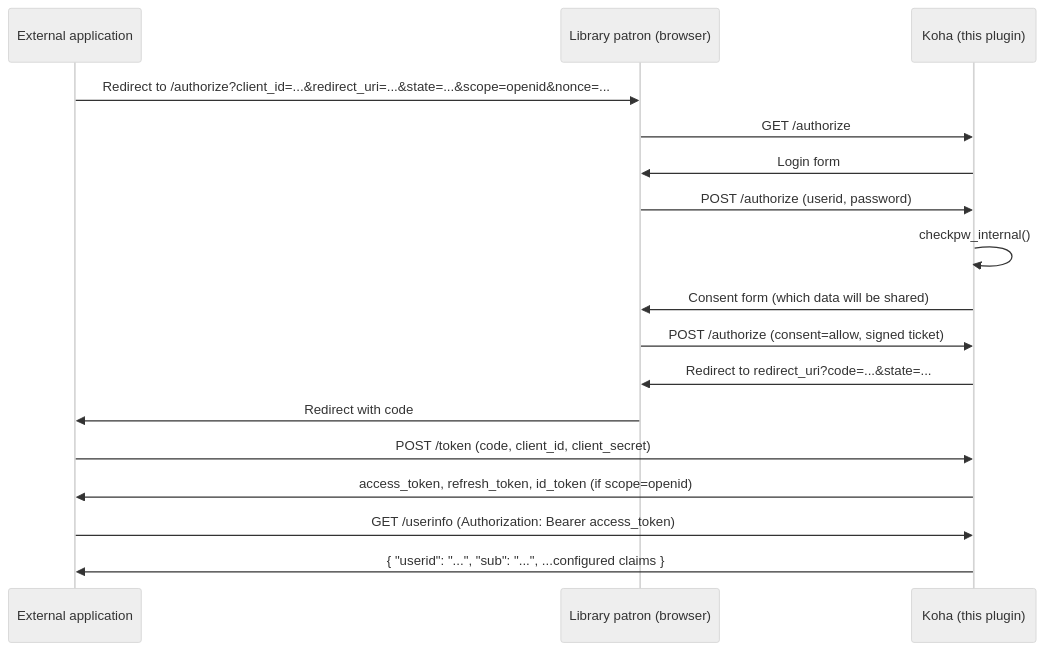
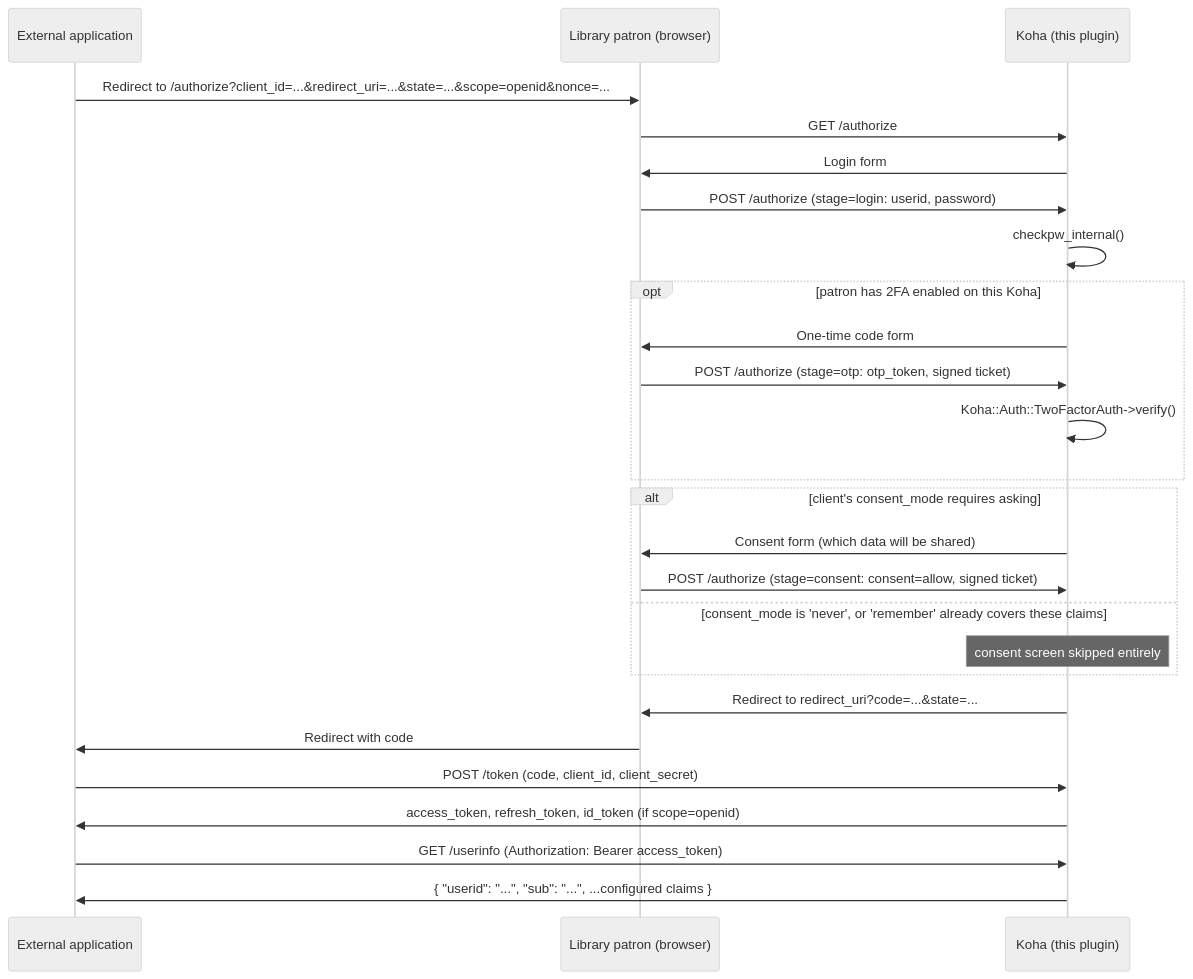
The diagram in README.md (LMSCloud/koha-plugin-oauth-provider), drawn with Mermaid (neutral theme) before and after one commit. The commit also changed other lines of this file and 7 other files, not shown here.

````diff
--- a/README.md
+++ b/README.md
@@ -37,20 +37,29 @@
 ```mermaid
 sequenceDiagram
     participant App as External application
     participant User as Library patron (browser)
     participant Koha as Koha (this plugin)
 
     App->>User: Redirect to /authorize?client_id=...&redirect_uri=...&state=...&scope=openid&nonce=...
     User->>Koha: GET /authorize
     Koha->>User: Login form
-    User->>Koha: POST /authorize (userid, password)
+    User->>Koha: POST /authorize (stage=login: userid, password)
     Koha->>Koha: checkpw_internal()
-    Koha->>User: Consent form (which data will be shared)
-    User->>Koha: POST /authorize (consent=allow, signed ticket)
+    opt patron has 2FA enabled on this Koha
+        Koha->>User: One-time code form
+        User->>Koha: POST /authorize (stage=otp: otp_token, signed ticket)
+        Koha->>Koha: Koha::Auth::TwoFactorAuth->verify()
+    end
+    alt client's consent_mode requires asking
+        Koha->>User: Consent form (which data will be shared)
+        User->>Koha: POST /authorize (stage=consent: consent=allow, signed ticket)
+    else consent_mode is 'never', or 'remember' already covers these claims
+        Note over Koha: consent screen skipped entirely
+    end
     Koha->>User: Redirect to redirect_uri?code=...&state=...
     User->>App: Redirect with code
     App->>Koha: POST /token (code, client_id, client_secret)
     Koha->>App: access_token, refresh_token, id_token (if scope=openid)
     App->>Koha: GET /userinfo (Authorization: Bearer access_token)
     Koha->>App: { "userid": "...", "sub": "...", ...configured claims }
 ```
````
